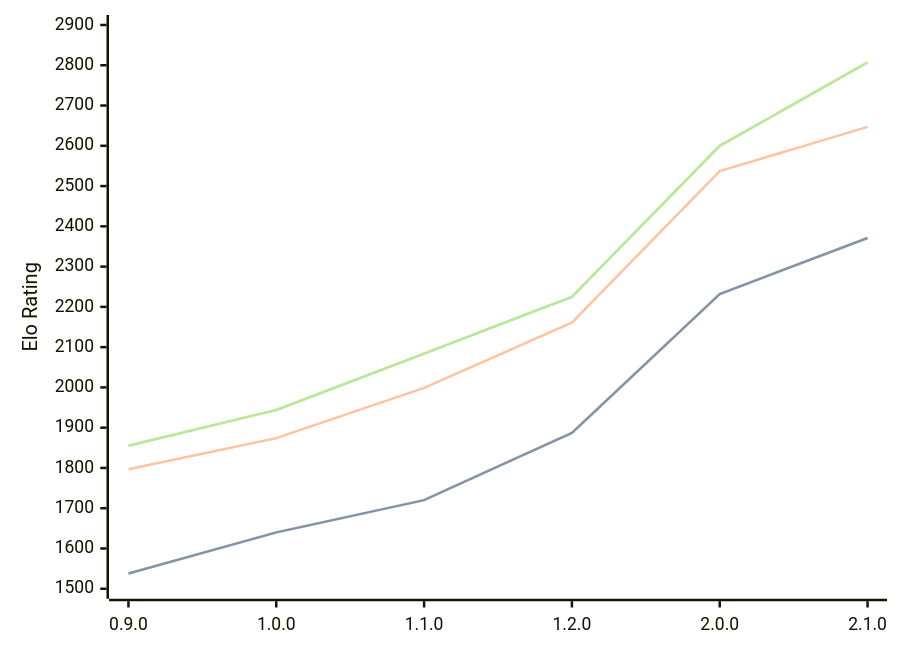
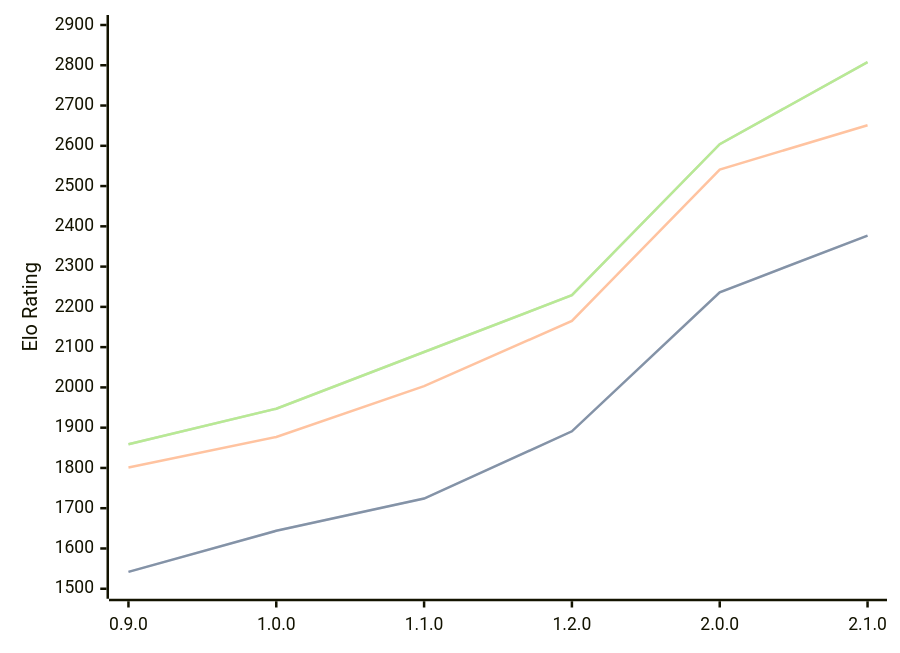
The diagram in engines/Ratsu.md (computer-chess-index/cci), drawn with Mermaid before and after one commit. The commit also changed other lines of this file, not shown here.

Commit message:
Update CCI Ratings (ELO VLTC) - 2026-08-18

````diff
--- a/engines/Ratsu.md
+++ b/engines/Ratsu.md
@@ -36,11 +36,11 @@
 ```mermaid
 %%{init: {"theme":"base","themeVariables":{"seriesColors:['#a3a3a3','#222221','#faa371']}}}%%
 xychart-beta
   x-axis ["0.9.0", "1.0.0", "1.1.0", "1.2.0", "2.0.0", "2.1.0"]
   y-axis "Elo Rating" 1500 --> 2900
-  line "STC (8.0+0.08s)" [1538, 1640, 1720, 1887, 2232, 2371]
-  line "STC (8.0+0.08s)" [1538, 1640, 1720, 1887, 2232, 2371]
-  line "LTC (60.0+0.60s)" [1797, 1874, 1999, 2161, 2537, 2647]
-  line "VLTC (2m24s+1.12s)" [1855, 1944, 2084, 2225, 2600, 2807]
-  line "VLTC (2m24s+1.12s)" [1855, 1944, 2084, 2225, 2600, 2807]
+  line "STC (8.0+0.08s)" [1542, 1644, 1724, 1891, 2236, 2377]
+  line "STC (8.0+0.08s)" [1542, 1644, 1724, 1891, 2236, 2377]
+  line "LTC (60.0+0.60s)" [1801, 1877, 2003, 2165, 2541, 2651]
+  line "VLTC (2m24s+1.12s)" [1859, 1947, 2088, 2229, 2604, 2808]
+  line "VLTC (2m24s+1.12s)" [1859, 1947, 2088, 2229, 2604, 2808]
 ```
````
